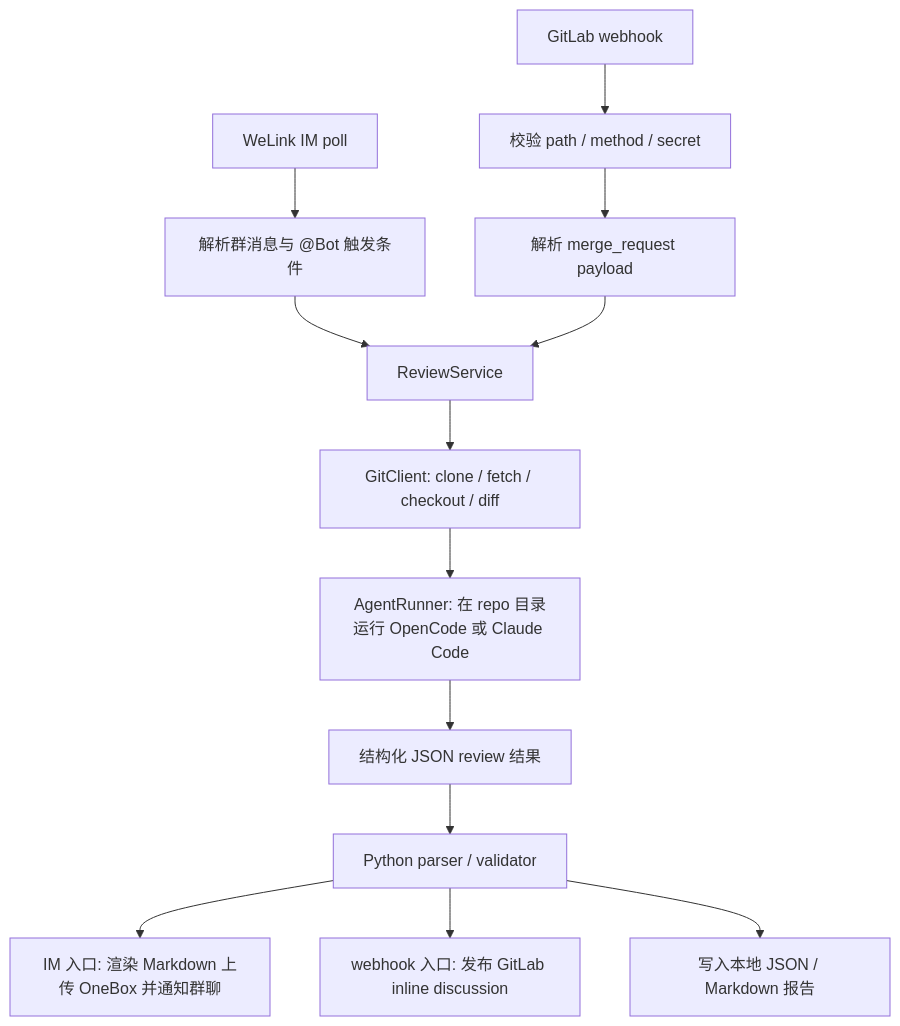
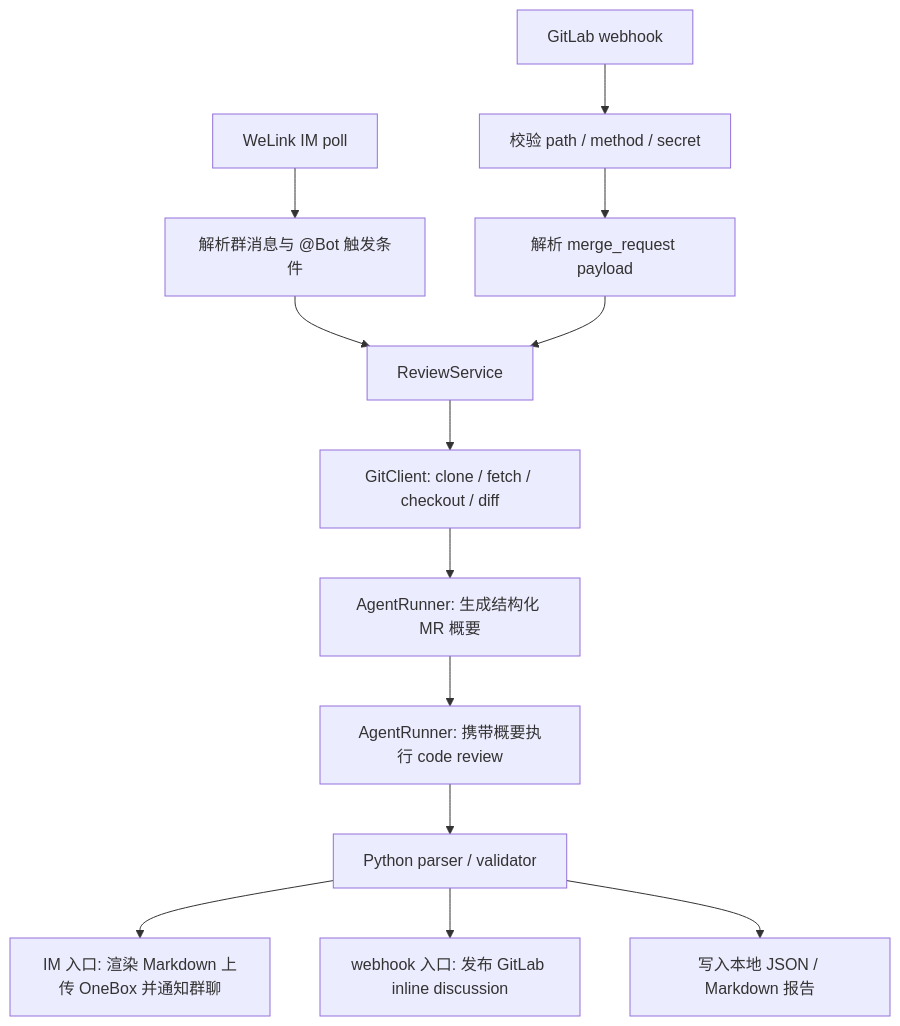
The first of 3 diagrams in docs/DESIGN.md (Faye-663/code-mr-reviewer), drawn with Mermaid before and after one commit. The commit also changed other lines of this file and 3 other files, not shown here.

````diff
--- a/docs/DESIGN.md
+++ b/docs/DESIGN.md
@@ -7,15 +7,15 @@
 ```mermaid
 flowchart TD
     A["WeLink IM poll"] --> B["解析群消息与 @Bot 触发条件"]
     C["GitLab webhook"] --> D["校验 path / method / secret"]
     D --> E["解析 merge_request payload"]
     B --> F["ReviewService"]
     E --> F
     F --> G["GitClient: clone / fetch / checkout / diff"]
-    G --> H["AgentRunner: 在 repo 目录运行 OpenCode 或 Claude Code"]
-    H --> I["结构化 JSON review 结果"]
+    G --> H["AgentRunner: 生成结构化 MR 概要"]
+    H --> I["AgentRunner: 携带概要执行 code review"]
     I --> J["Python parser / validator"]
     J --> K["IM 入口: 渲染 Markdown 上传 OneBox 并通知群聊"]
     J --> L["webhook 入口: 发布 GitLab inline discussion"]
     J --> M["写入本地 JSON / Markdown 报告"]
 ```
````
